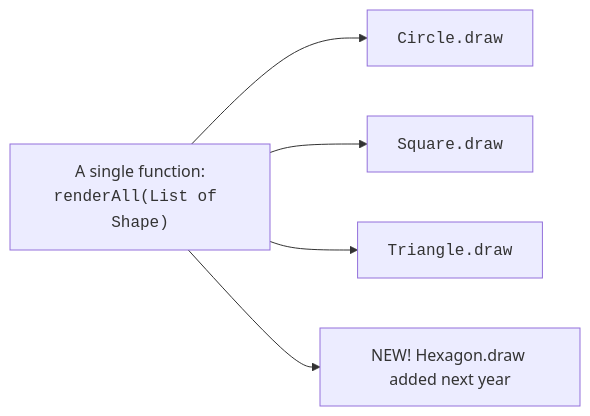
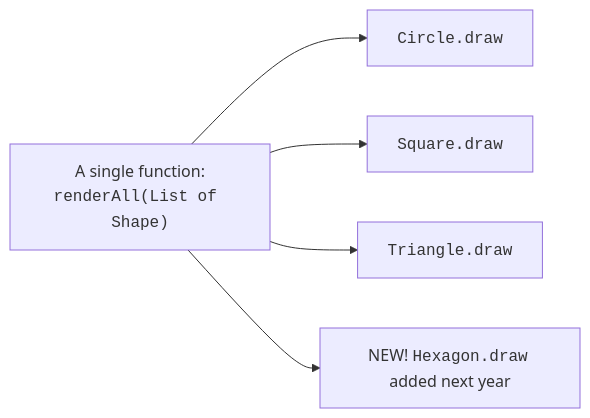
The third of 5 diagrams in content/learn/oop-blueprint-java/polymorphism.mdx (dataslope/dataslope), drawn with Mermaid before and after one commit. The commit also changed 100 other files, not shown here.

First line of the commit message:
Wrap more code in diagram labels: filenames, hex, assignments, subgraph titles

````diff
--- a/content/learn/oop-blueprint-java/polymorphism.mdx
+++ b/content/learn/oop-blueprint-java/polymorphism.mdx
@@ -91,7 +91,7 @@
 ```mermaid
 flowchart LR
     F["A single function:<br/><code>renderAll(List of Shape)</code>"] --> S1["<code>Circle.draw</code>"]
     F --> S2["<code>Square.draw</code>"]
     F --> S3["<code>Triangle.draw</code>"]
-    F --> S4[NEW! Hexagon.draw added next year]
+    F --> S4["NEW! <code>Hexagon.draw</code> added next year"]
 ```
````
